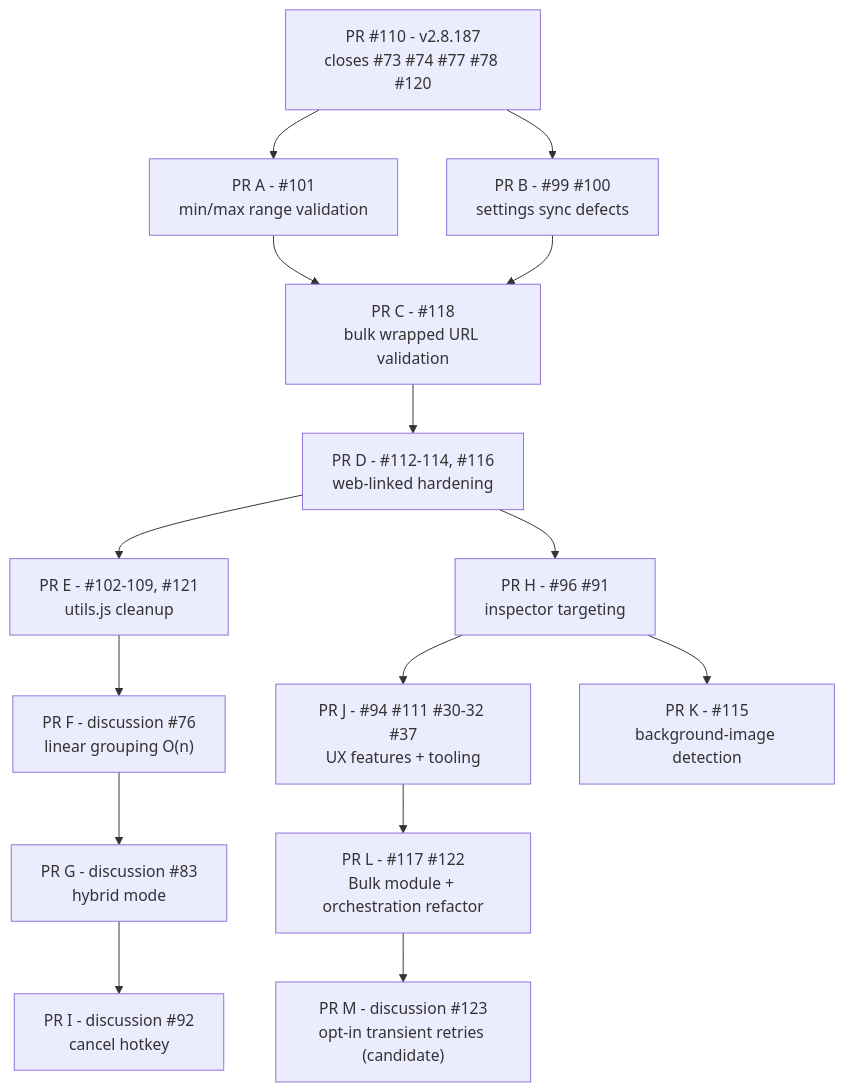
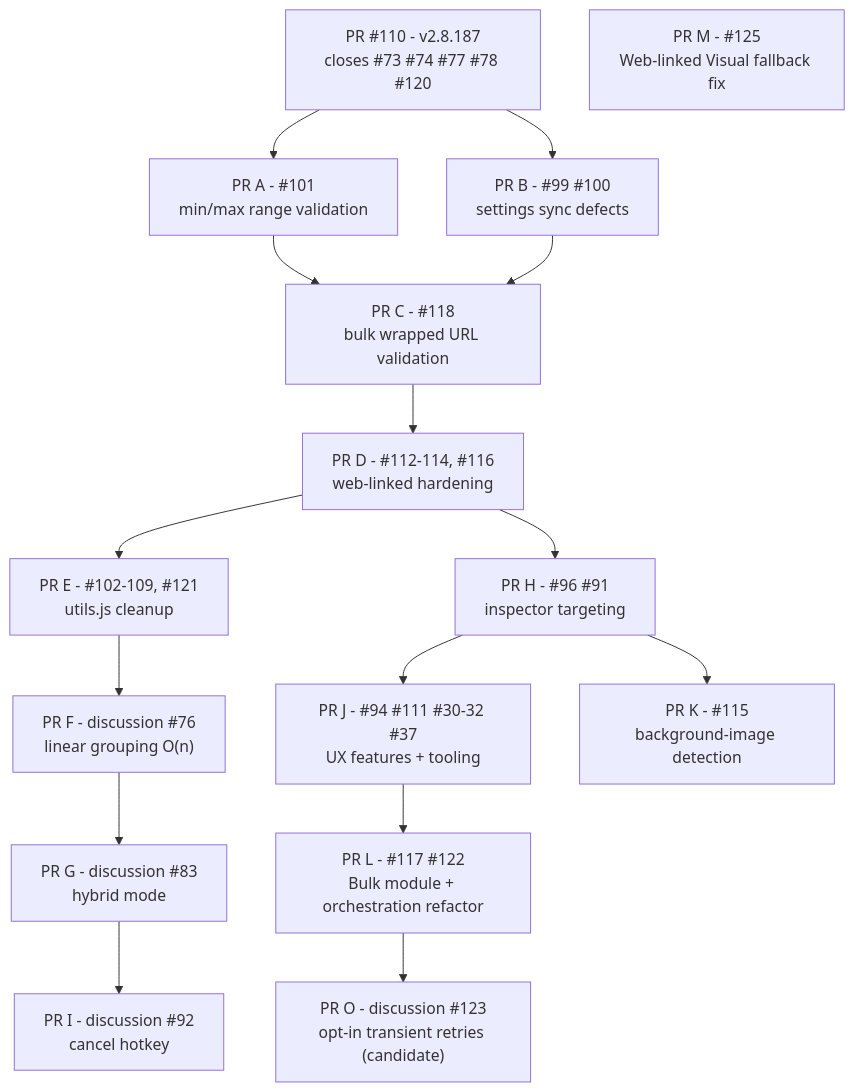
The diagram in docs/ROADMAP.md (del-Pacifico/Mass-Image-Downloader), drawn with Mermaid before and after one commit. The commit also changed other lines of this file and 1 other file, not shown here.

Commit message:
docs(roadmap): schedule Web-linked fallback issue (#125)

````diff
--- a/docs/ROADMAP.md
+++ b/docs/ROADMAP.md
@@ -60,17 +60,18 @@
 ```mermaid
 graph TD
     PR110["PR #110 - v2.8.187<br/>closes #73 #74 #77 #78 #120"] --> PRA["PR A - #101<br/>min/max range validation"]
     PR110 --> PRB["PR B - #99 #100<br/>settings sync defects"]
     PRA --> PRC["PR C - #118<br/>bulk wrapped URL validation"]
     PRB --> PRC
     PRC --> PRD["PR D - #112-114, #116<br/>web-linked hardening"]
     PRD --> PRE["PR E - #102-109, #121<br/>utils.js cleanup"]
     PRE --> PRF["PR F - discussion #76<br/>linear grouping O(n)"]
     PRF --> PRG["PR G - discussion #83<br/>hybrid mode"]
     PRD --> PRH["PR H - #96 #91<br/>inspector targeting"]
     PRG --> PRI["PR I - discussion #92<br/>cancel hotkey"]
     PRH --> PRJ["PR J - #94 #111 #30-32 #37<br/>UX features + tooling"]
     PRH --> PRK["PR K - #115<br/>background-image detection"]
     PRJ --> PRL["PR L - #117 #122<br/>Bulk module + orchestration refactor"]
-    PRL --> PRM["PR M - discussion #123<br/>opt-in transient retries (candidate)"]
+    PRM["PR M - #125<br/>Web-linked Visual fallback fix"]
+    PRL --> PRO["PR O - discussion #123<br/>opt-in transient retries (candidate)"]
 ```
````
